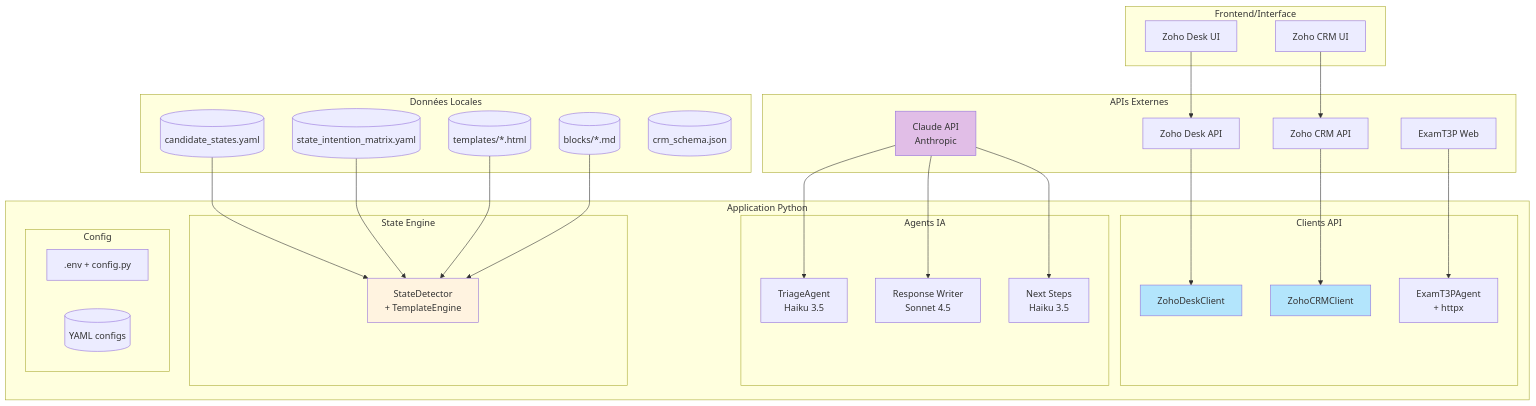
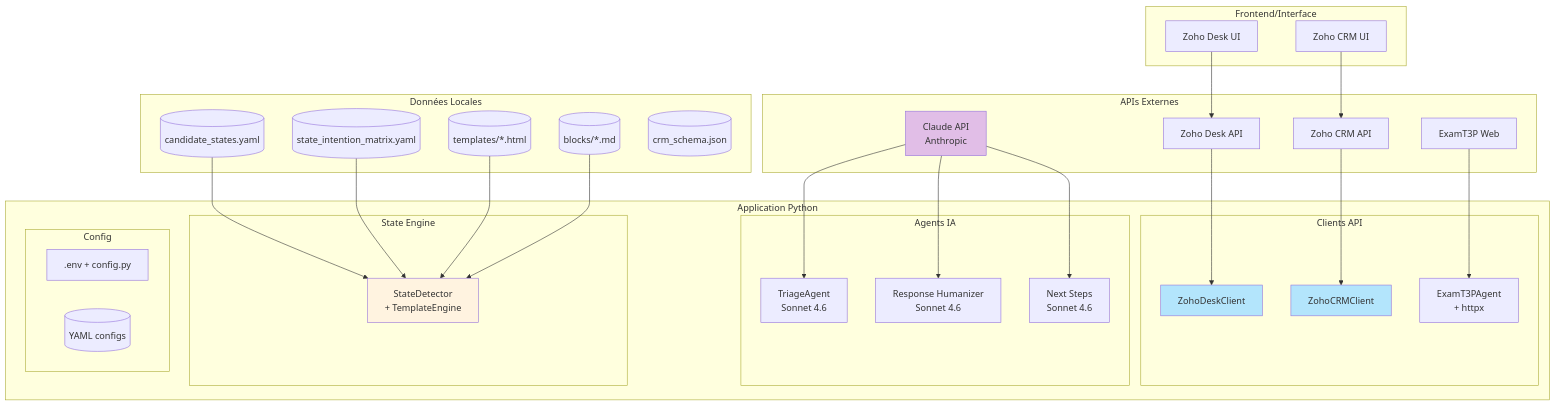
Diagram 13 of 20 in docs/architecture-diagrams.md (CAB-FORMATIONS/a-level-saver), drawn with Mermaid before and after one commit. The commit also changed other lines of this file and 20 other files, not shown here.

````diff
--- a/docs/architecture-diagrams.md
+++ b/docs/architecture-diagrams.md
@@ -715,65 +715,65 @@
 ```mermaid
 graph TB
     subgraph "Frontend/Interface"
         ZD[Zoho Desk UI]
         ZC[Zoho CRM UI]
     end
 
     subgraph "APIs Externes"
         ZD_API[Zoho Desk API]
         ZC_API[Zoho CRM API]
         ET_API[ExamT3P Web]
         CLAUDE[Claude API<br/>Anthropic]
     end
 
     subgraph "Application Python"
         subgraph "Clients API"
             ZDC[ZohoDeskClient]
             ZCC[ZohoCRMClient]
             ETA[ExamT3PAgent<br/>+ httpx]
         end
 
         subgraph "Agents IA"
-            TA[TriageAgent<br/>Haiku 3.5]
-            RW[Response Writer<br/>Sonnet 4.5]
-            NS[Next Steps<br/>Haiku 3.5]
+            TA[TriageAgent<br/>Sonnet 4.6]
+            RW[Response Humanizer<br/>Sonnet 4.6]
+            NS[Next Steps<br/>Sonnet 4.6]
         end
 
         subgraph "State Engine"
             SE[StateDetector<br/>+ TemplateEngine]
         end
 
         subgraph "Config"
             ENV[.env + config.py]
             YAML[(YAML configs)]
         end
     end
 
     subgraph "Données Locales"
         CS[(candidate_states.yaml)]
         SIM[(state_intention_matrix.yaml)]
         TPL[(templates/*.html)]
         BLK[(blocks/*.md)]
         SCHEMA[(crm_schema.json)]
     end
 
     ZD --> ZD_API
     ZC --> ZC_API
 
     ZD_API --> ZDC
     ZC_API --> ZCC
     ET_API --> ETA
     CLAUDE --> TA
     CLAUDE --> RW
     CLAUDE --> NS
 
     CS --> SE
     SIM --> SE
     TPL --> SE
     BLK --> SE
 
     style CLAUDE fill:#e1bee7
     style SE fill:#fff3e0
     style ZDC fill:#b3e5fc
     style ZCC fill:#b3e5fc
 ```
````
